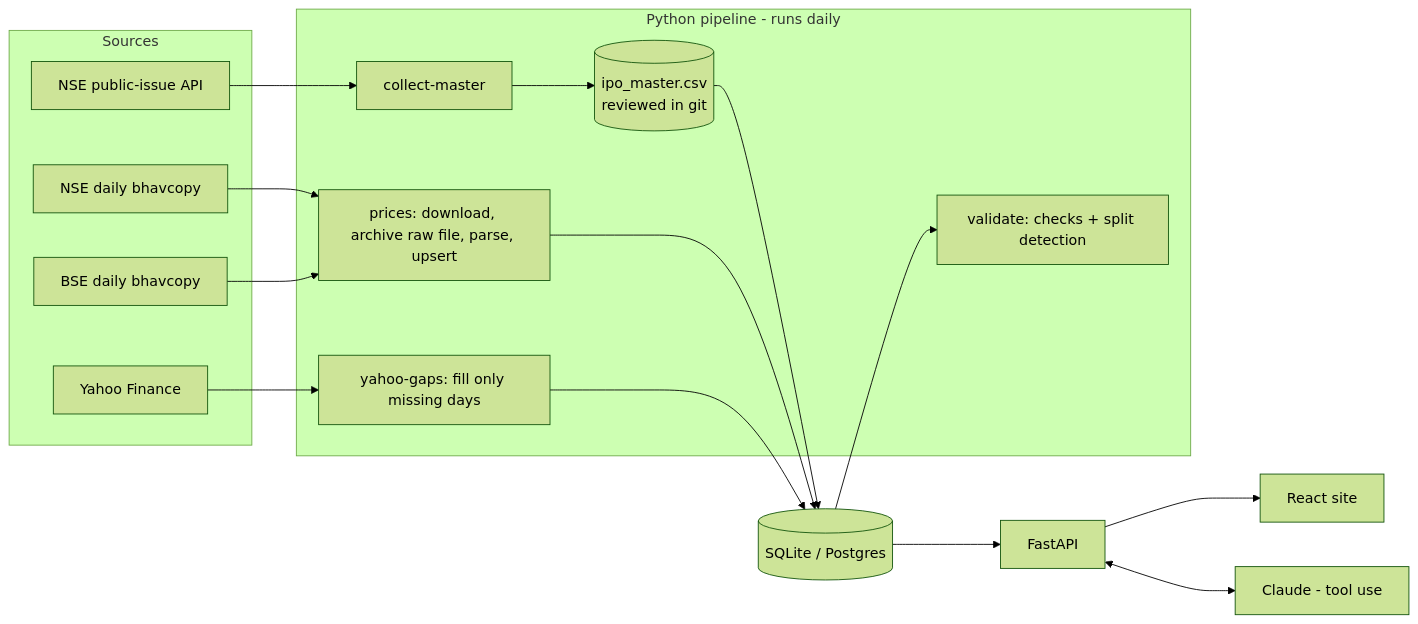
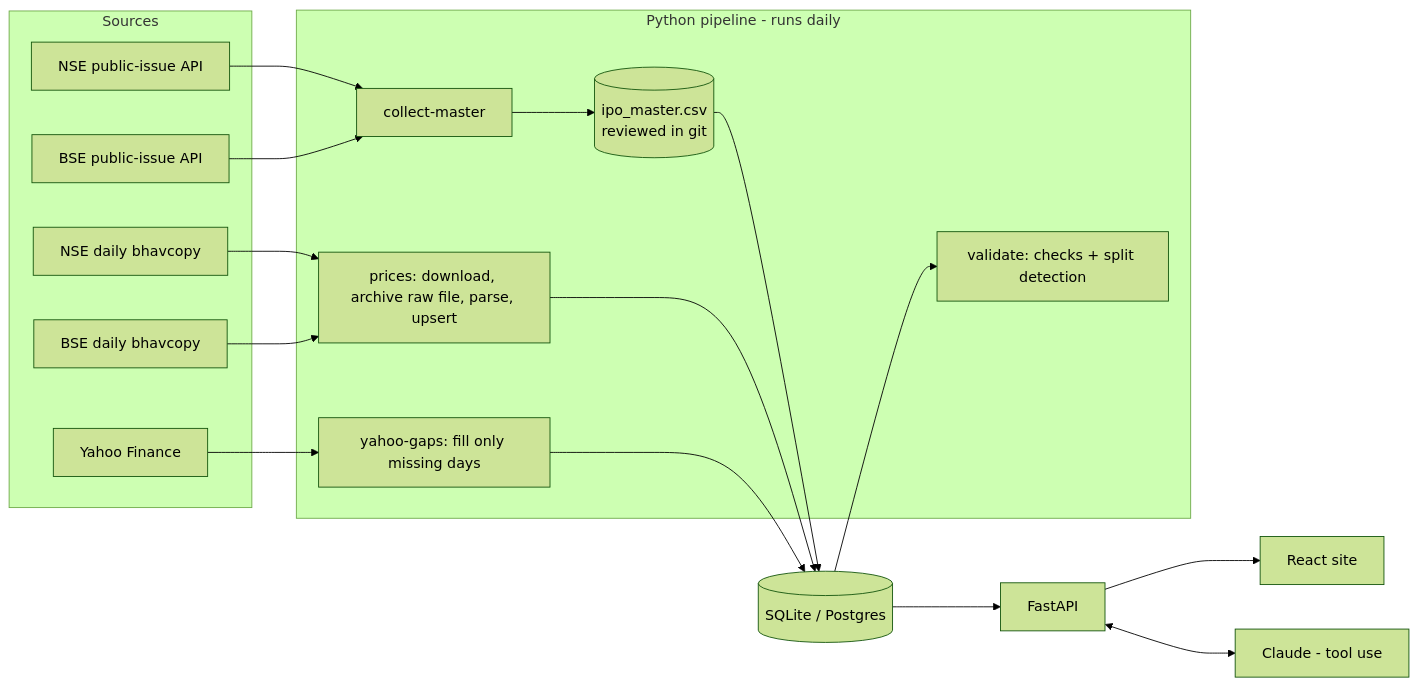
Before and after one commit to nabeel2209-tech/IPO-track: the diagram in README.md, drawn with Mermaid (forest theme). The commit also changed other lines of this file and 17 other files, not shown here.

````diff
--- a/README.md
+++ b/README.md
@@ -20,26 +29,28 @@
 ```mermaid
 flowchart LR
   subgraph Sources
     NSEAPI[NSE public-issue API]
+    BSEAPI[BSE public-issue API]
     NSE[NSE daily bhavcopy]
     BSE[BSE daily bhavcopy]
     YF[Yahoo Finance]
   end
   subgraph Pipeline [Python pipeline - runs daily]
     M[collect-master] --> CSV[(ipo_master.csv<br/>reviewed in git)]
     P[prices: download, archive raw file, parse, upsert]
     G[yahoo-gaps: fill only missing days]
     V[validate: checks + split detection]
   end
   NSEAPI --> M
+  BSEAPI --> M
   NSE --> P
   BSE --> P
   YF --> G
   CSV --> DB[(SQLite / Postgres)]
   P --> DB
   G --> DB
   DB --> V
   DB --> API[FastAPI]
   API --> WEB[React site]
   API <--> CL[Claude - tool use]
 ```
````
